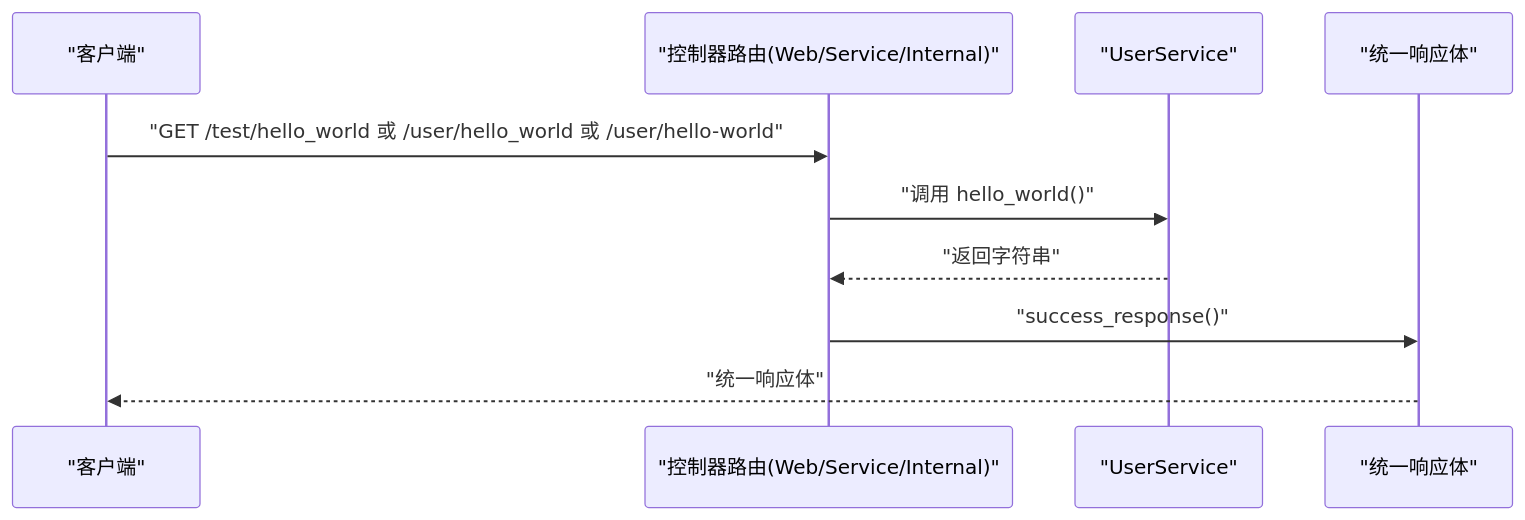
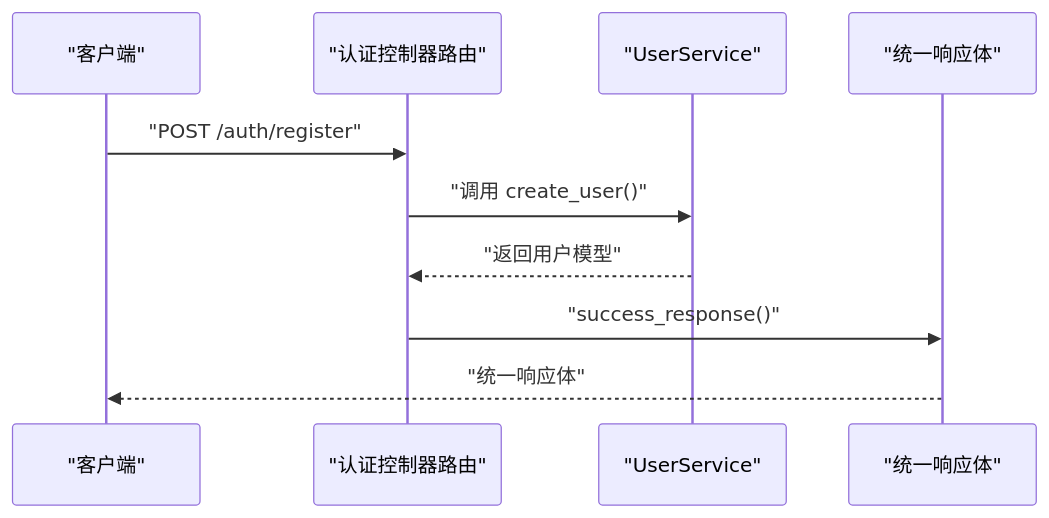
One commit to lilinzezzzzzz/fastapi-backend changed the fifth of 7 diagrams in .qoder/repowiki/zh/content/业务逻辑层.md. Above: the diagram before and after it, drawn with Mermaid. The commit also changed other lines of this file and 38 other files, not shown here.

````diff
--- a/.qoder/repowiki/zh/content/业务逻辑层.md
+++ b/.qoder/repowiki/zh/content/业务逻辑层.md
@@ -286,12 +343,12 @@
 ```mermaid
 sequenceDiagram
 participant C as "客户端"
-participant R as "控制器路由(Web/Service/Internal)"
+participant R as "认证控制器路由"
 participant S as "UserService"
 participant Resp as "统一响应体"
-C->>R : "GET /test/hello_world 或 /user/hello_world 或 /user/hello-world"
-R->>S : "调用 hello_world()"
-S-->>R : "返回字符串"
+C->>R : "POST /auth/register"
+R->>S : "调用 create_user()"
+S-->>R : "返回用户模型"
 R->>Resp : "success_response()"
 Resp-->>C : "统一响应体"
 ```
````
